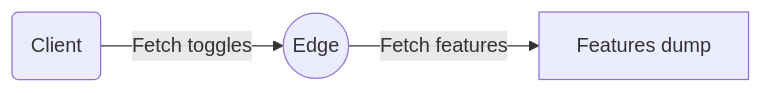
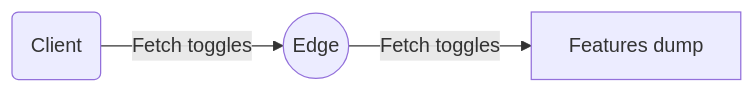
The third of 3 diagrams in README.md (Unleash/unleash-edge), drawn with Mermaid before and after one commit. The commit also changed other lines of this file, not shown here.

Commit message:
docs: toggles instead of features

````diff
--- a/README.md
+++ b/README.md
@@ -93,5 +93,5 @@
 ```mermaid
 graph LR
   A(Client) -->|Fetch toggles| B((Edge))
-  B-->|Fetch features| C[Features dump]
+  B-->|Fetch toggles| C[Features dump]
 ```
````
